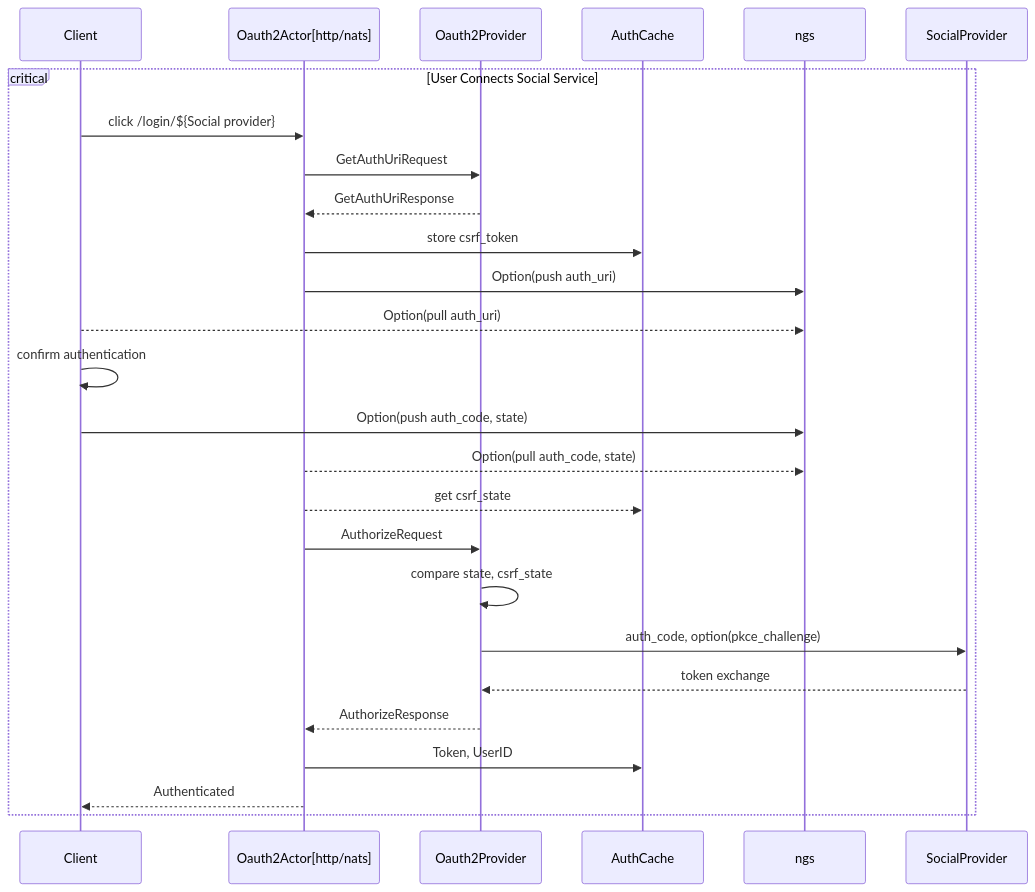
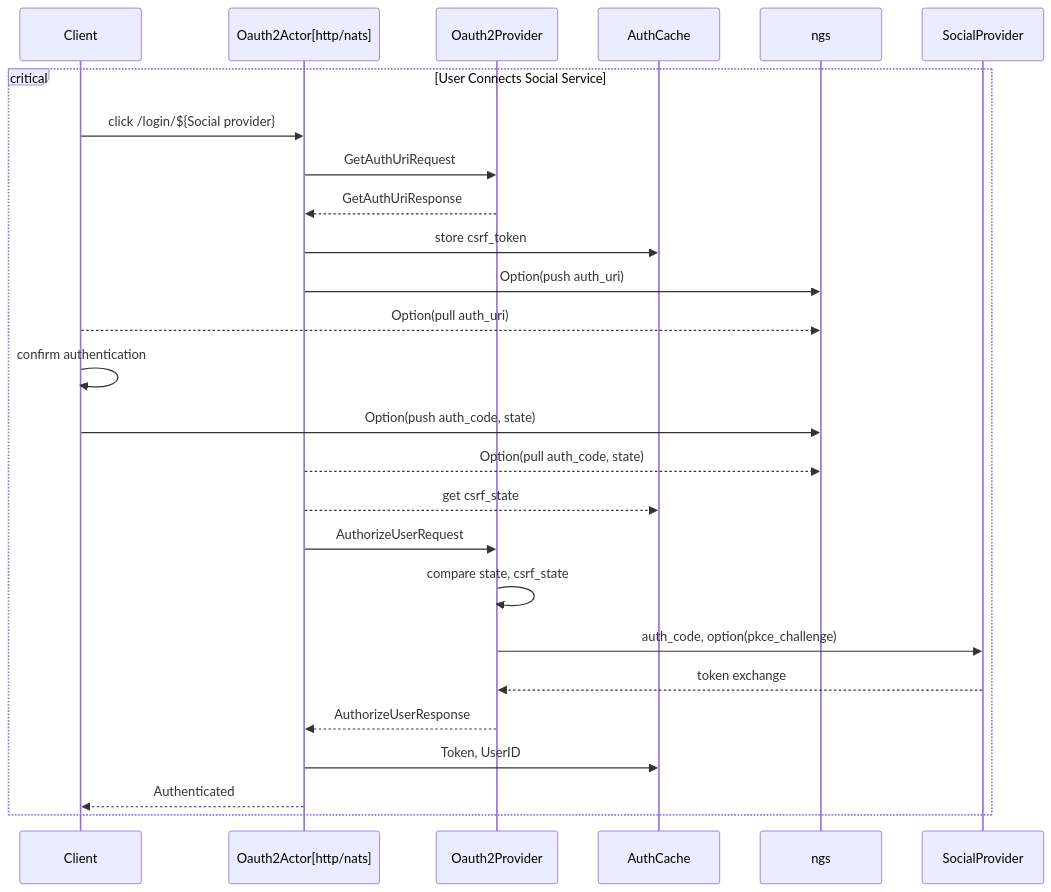
Before and after one commit to jamminmusic/Features: the diagram in oauth2/oauth2.md, drawn with Mermaid. The commit also changed 1 other file, not shown here.

Commit message:
intermittent checkup - clean up and minor formatting

````diff
--- a/oauth2/oauth2.md
+++ b/oauth2/oauth2.md
@@ -3,30 +3,30 @@
 ``` mermaid
 sequenceDiagram
     %% Actors
     participant Client
     participant Oauth2Actor[http/nats]
     participant Oauth2Provider
     participant AuthCache
     participant ngs
     participant SocialProvider
 
     critical User Connects Social Service
         Client ->> Oauth2Actor[http/nats]: click /login/${Social provider}
         Oauth2Actor[http/nats] ->> Oauth2Provider: GetAuthUriRequest
         Oauth2Provider -->> Oauth2Actor[http/nats]: GetAuthUriResponse
         Oauth2Actor[http/nats] ->> AuthCache: store csrf_token
         Oauth2Actor[http/nats] ->> ngs: Option(push auth_uri)
         Client -->> ngs: Option(pull auth_uri)
         Client ->> Client: confirm authentication
         Client ->> ngs: Option(push auth_code, state)
         Oauth2Actor[http/nats] -->> ngs: Option(pull auth_code, state)
         Oauth2Actor[http/nats] -->> AuthCache: get csrf_state
-        Oauth2Actor[http/nats] ->> Oauth2Provider: AuthorizeRequest
+        Oauth2Actor[http/nats] ->> Oauth2Provider: AuthorizeUserRequest
         Oauth2Provider ->> Oauth2Provider: compare state, csrf_state
         Oauth2Provider ->> SocialProvider: auth_code, option(pkce_challenge)
         SocialProvider -->> Oauth2Provider: token exchange
-        Oauth2Provider -->> Oauth2Actor[http/nats]: AuthorizeResponse
+        Oauth2Provider -->> Oauth2Actor[http/nats]: AuthorizeUserResponse
         Oauth2Actor[http/nats] ->> AuthCache: Token, UserID
         Oauth2Actor[http/nats] -->> Client: Authenticated
     end
 ```
````
